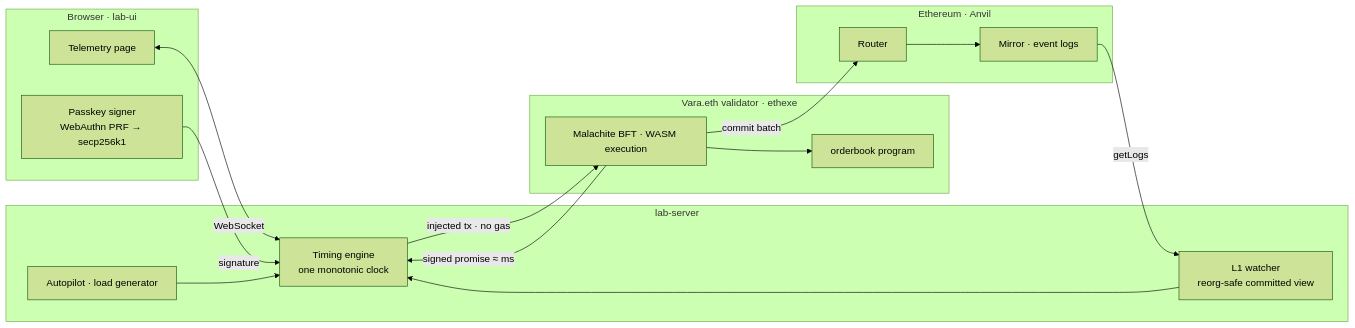
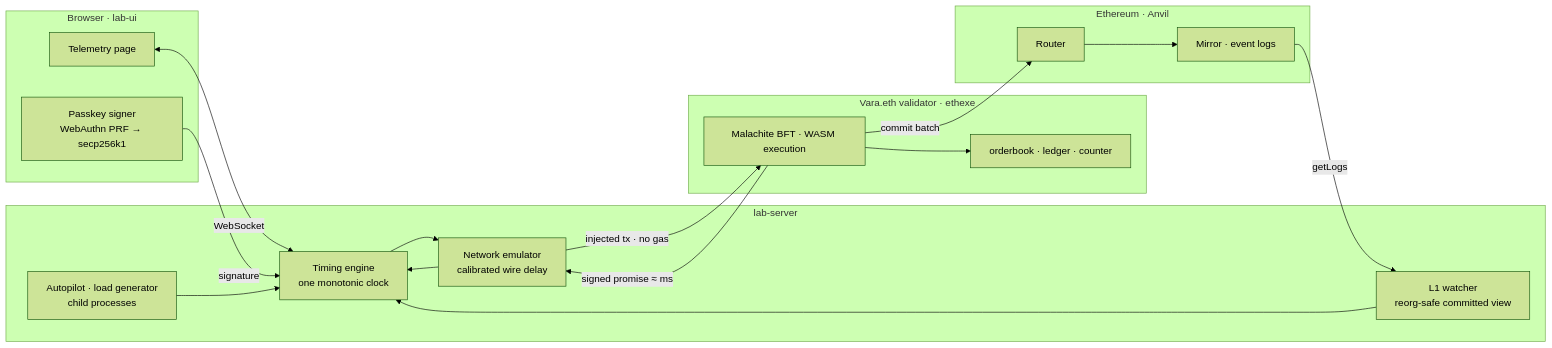
The first of 2 diagrams in README.md (Adityaakr/vara-eth-runner), drawn with Mermaid (forest theme) before and after one commit. The commit also changed other lines of this file, not shown here.

First line of the commit message:
docs: README for the current lab — results, architecture, quick start, page guide, probes, limits

````diff
--- a/README.md
+++ b/README.md
@@ -9,28 +19,29 @@
 ```mermaid
 flowchart LR
   subgraph Browser["Browser · lab-ui"]
     UI["Telemetry page"]
     PK["Passkey signer<br/>WebAuthn PRF → secp256k1"]
   end
   subgraph Server["lab-server"]
     ENG["Timing engine<br/>one monotonic clock"]
+    NET["Network emulator<br/>calibrated wire delay"]
     WATCH["L1 watcher<br/>reorg-safe committed view"]
-    AUTO["Autopilot · load generator"]
+    AUTO["Autopilot · load generator<br/>child processes"]
   end
   subgraph Vara["Vara.eth validator · ethexe"]
     EXEC["Malachite BFT · WASM execution"]
-    PRG["orderbook program"]
+    PRG["orderbook · ledger · counter"]
   end
   subgraph Eth["Ethereum · Anvil"]
     ROUTER["Router"]
     MIRROR["Mirror · event logs"]
   end
   UI <-->|"WebSocket"| ENG
   PK -->|"signature"| ENG
   AUTO --> ENG
-  ENG -->|"injected tx · no gas"| EXEC
-  EXEC -->|"signed promise ≈ ms"| ENG
+  ENG --> NET -->|"injected tx · no gas"| EXEC
+  EXEC -->|"signed promise ≈ ms"| NET --> ENG
   EXEC --> PRG
   EXEC -->|"commit batch"| ROUTER --> MIRROR
   MIRROR -->|"getLogs"| WATCH --> ENG
 ```
````
